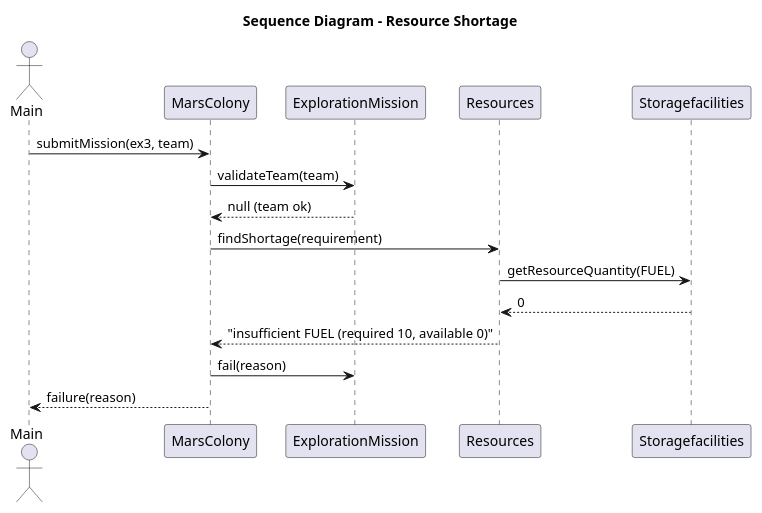
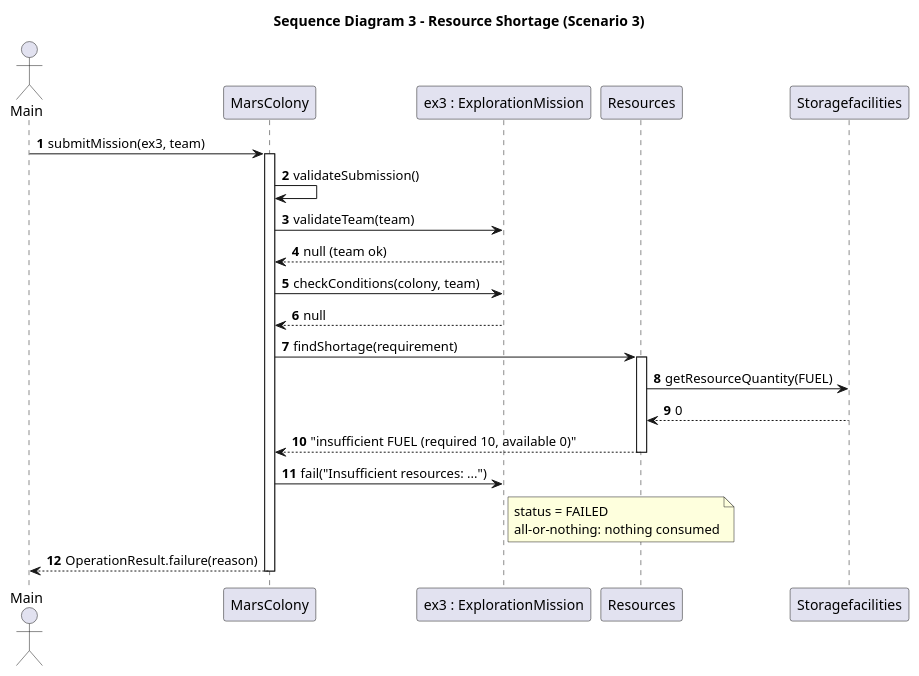
Before and after one commit to a7medhassan-159/Prog-II-Lab5-Mars-Colony-: the diagram in uml/04c_sequence_resource_shortage.puml, drawn with PlantUML. The commit also changed 15 other files, not shown here.

```diff
--- a/uml/04c_sequence_resource_shortage.puml
+++ b/uml/04c_sequence_resource_shortage.puml
@@ -1,19 +1,29 @@
-@startuml
-title Sequence Diagram - Resource Shortage
+@startuml 04c_sequence_resource_shortage
+title Sequence Diagram 3 - Resource Shortage (Scenario 3)
+skinparam shadowing false
+autonumber
 
 actor Main
-participant MarsColony
-participant ExplorationMission
-participant Resources
-participant Storagefacilities
+participant "MarsColony" as C
+participant "ex3 : ExplorationMission" as M
+participant "Resources" as R
+participant "Storagefacilities" as S
 
-Main -> MarsColony : submitMission(ex3, team)
-MarsColony -> ExplorationMission : validateTeam(team)
-ExplorationMission --> MarsColony : null (team ok)
-MarsColony -> Resources : findShortage(requirement)
-Resources -> Storagefacilities : getResourceQuantity(FUEL)
-Storagefacilities --> Resources : 0
-Resources --> MarsColony : "insufficient FUEL (required 10, available 0)"
-MarsColony -> ExplorationMission : fail(reason)
-MarsColony --> Main : failure(reason)
+Main -> C : submitMission(ex3, team)
+activate C
+C -> C : validateSubmission()
+C -> M : validateTeam(team)
+M --> C : null (team ok)
+C -> M : checkConditions(colony, team)
+M --> C : null
+C -> R : findShortage(requirement)
+activate R
+R -> S : getResourceQuantity(FUEL)
+S --> R : 0
+R --> C : "insufficient FUEL (required 10, available 0)"
+deactivate R
+C -> M : fail("Insufficient resources: ...")
+note right of M : status = FAILED\nall-or-nothing: nothing consumed
+C --> Main : OperationResult.failure(reason)
+deactivate C
 @enduml
```
